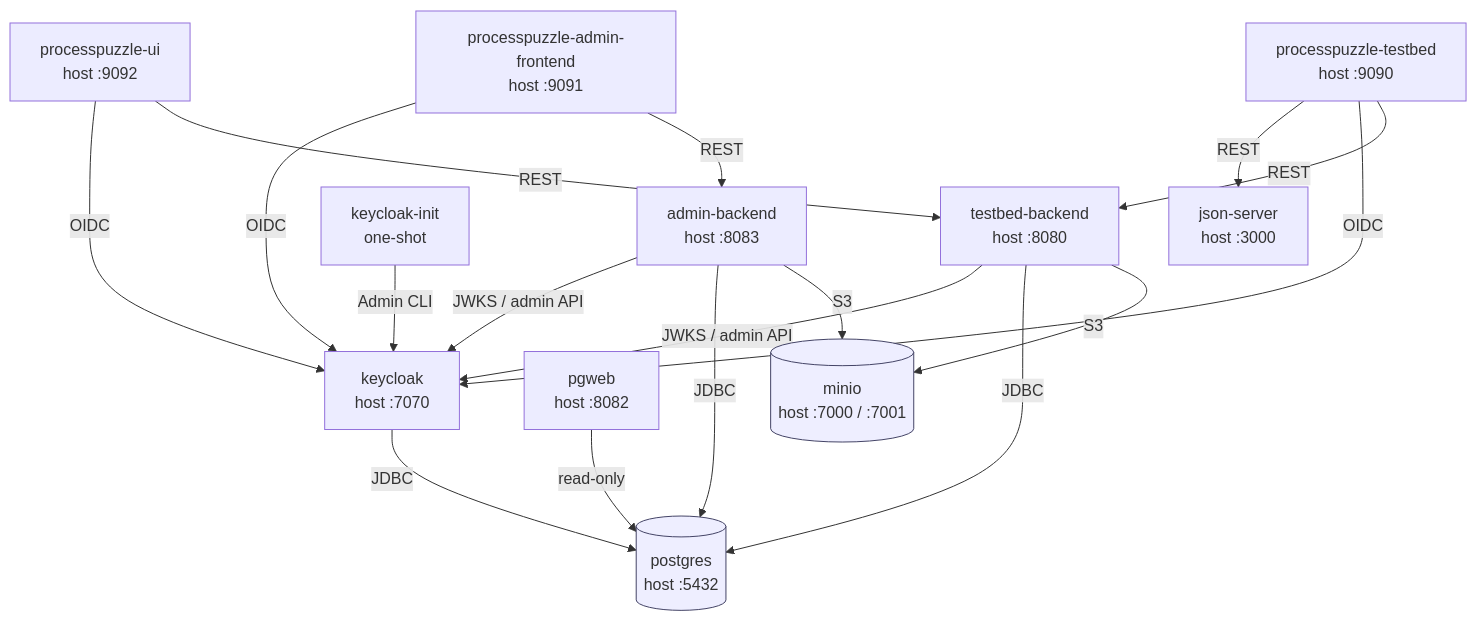
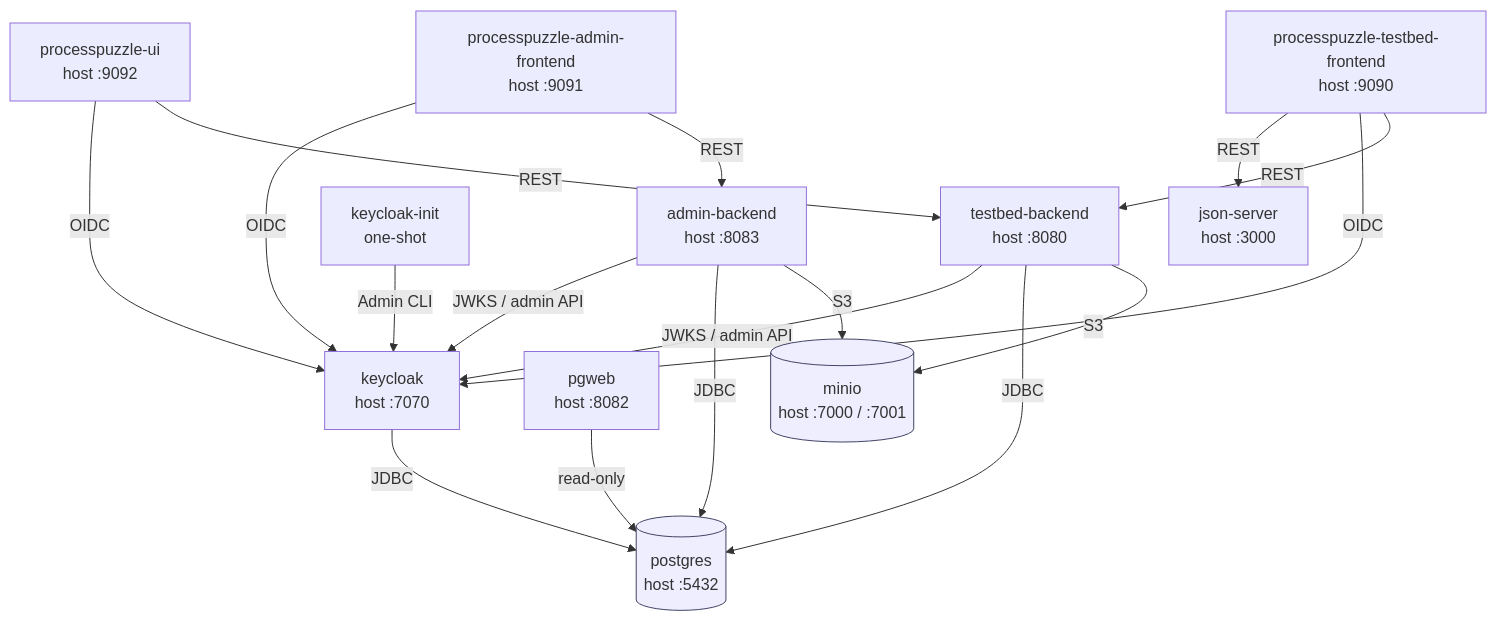
One commit to ZsZs/processpuzzle changed the diagram in tools/README.md. Above: the diagram before and after it, drawn with Mermaid. The commit also changed other lines of this file and 230 other files, not shown here.

Commit message:
fix(processpuzzle-testbed): Rename to processpuzzle-testbed-frontend.

````diff
--- a/tools/README.md
+++ b/tools/README.md
@@ -50,35 +50,35 @@
 ```mermaid
 graph TD
-    testbed[processpuzzle-testbed<br/>host :9090]
+    testbed[processpuzzle-testbed-frontend<br/>host :9090]
     admin[processpuzzle-admin-frontend<br/>host :9091]
     ui[processpuzzle-ui<br/>host :9092]
     tbackend[testbed-backend<br/>host :8080]
     abackend[admin-backend<br/>host :8083]
     keycloak[keycloak<br/>host :7070]
     kcinit[keycloak-init<br/>one-shot]
     postgres[(postgres<br/>host :5432)]
     pgweb[pgweb<br/>host :8082]
     minio[(minio<br/>host :7000 / :7001)]
     jsonserver[json-server<br/>host :3000]
 
     testbed -- REST --> tbackend
     testbed -- OIDC --> keycloak
     testbed -- REST --> jsonserver
     admin -- REST --> abackend
     admin -- OIDC --> keycloak
     ui -- REST --> tbackend
     ui -- OIDC --> keycloak
 
     tbackend -- S3 --> minio
     tbackend -- JDBC --> postgres
     tbackend -- "JWKS / admin API" --> keycloak
     abackend -- S3 --> minio
     abackend -- JDBC --> postgres
     abackend -- "JWKS / admin API" --> keycloak
     kcinit -- "Admin CLI" --> keycloak
     keycloak -- JDBC --> postgres
     pgweb -- read-only --> postgres
 
     classDef store fill:#eef,stroke:#446
     class postgres,minio store
 ```
````
